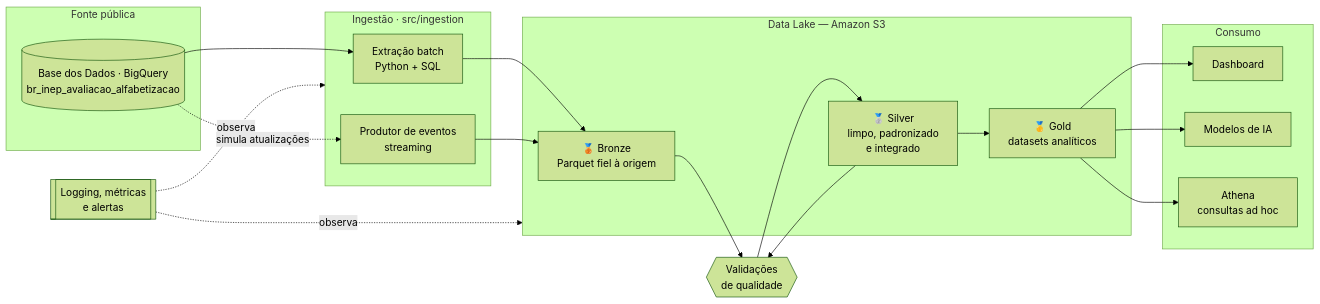
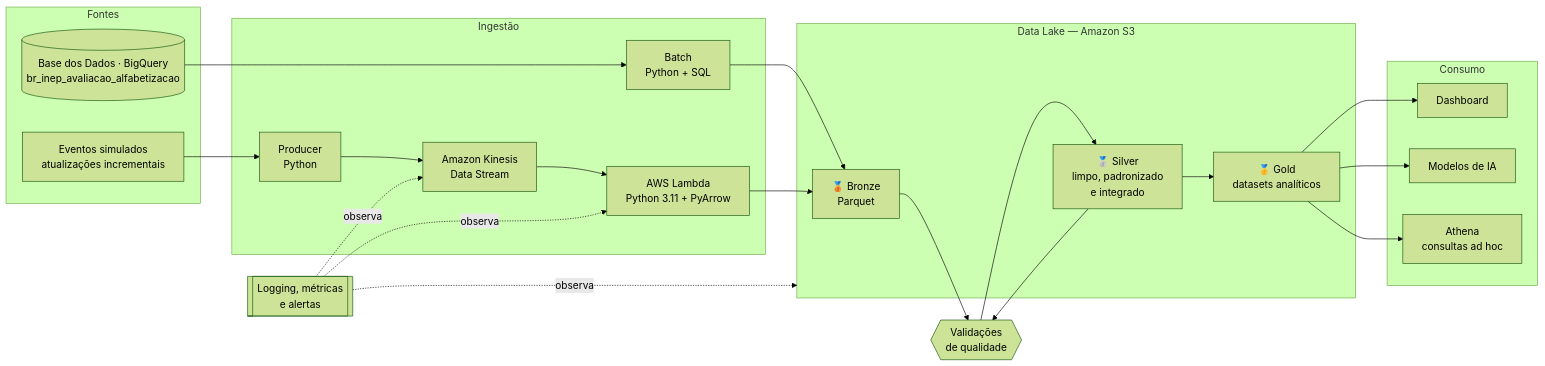
One commit to LiraJoviniano/fiap-ai-scientist-fase-02 changed the diagram in README.md. Above: the diagram before and after it, drawn with Mermaid (forest theme). The commit also changed other lines of this file and 11 other files, not shown here.

Commit message:
feat: implementa streaming com Kinesis e Lambda

````diff
--- a/README.md
+++ b/README.md
@@ -108,39 +108,45 @@
 ```mermaid
 flowchart LR
-    subgraph FONTE["Fonte pública"]
+    subgraph FONTE["Fontes"]
         BQ[("Base dos Dados · BigQuery<br/>br_inep_avaliacao_alfabetizacao")]
+        EVENTO["Eventos simulados<br/>atualizações incrementais"]
     end
 
-    subgraph INGEST["Ingestão · src/ingestion"]
-        BATCH["Extração batch<br/>Python + SQL"]
-        STREAM["Produtor de eventos<br/>streaming"]
+    subgraph INGEST["Ingestão"]
+        BATCH["Batch<br/>Python + SQL"]
+        PROD["Producer<br/>Python"]
+        KIN["Amazon Kinesis<br/>Data Stream"]
+        LAMBDA["AWS Lambda<br/>Python 3.11 + PyArrow"]
     end
 
     subgraph LAKE["Data Lake — Amazon S3"]
-        BRONZE["🥉 Bronze<br/>Parquet fiel à origem"]
+        BRONZE["🥉 Bronze<br/>Parquet"]
         SILVER["🥈 Silver<br/>limpo, padronizado<br/>e integrado"]
         GOLD["🥇 Gold<br/>datasets analíticos"]
     end
 
     subgraph CONSUMO["Consumo"]
         DASH["Dashboard"]
         ML["Modelos de IA"]
         SQL["Athena<br/>consultas ad hoc"]
     end
 
     QA{{"Validações<br/>de qualidade"}}
     OBS[["Logging, métricas<br/>e alertas"]]
 
     BQ --> BATCH
-    BQ -.simula atualizações.-> STREAM
+    EVENTO --> PROD
+    PROD --> KIN
+    KIN --> LAMBDA
     BATCH --> BRONZE
-    STREAM --> BRONZE
+    LAMBDA --> BRONZE
     BRONZE --> QA --> SILVER
     SILVER --> QA
     SILVER --> GOLD
     GOLD --> DASH
     GOLD --> ML
     GOLD --> SQL
-    OBS -.observa.-> INGEST
+    OBS -.observa.-> KIN
+    OBS -.observa.-> LAMBDA
     OBS -.observa.-> LAKE
 ```
````
